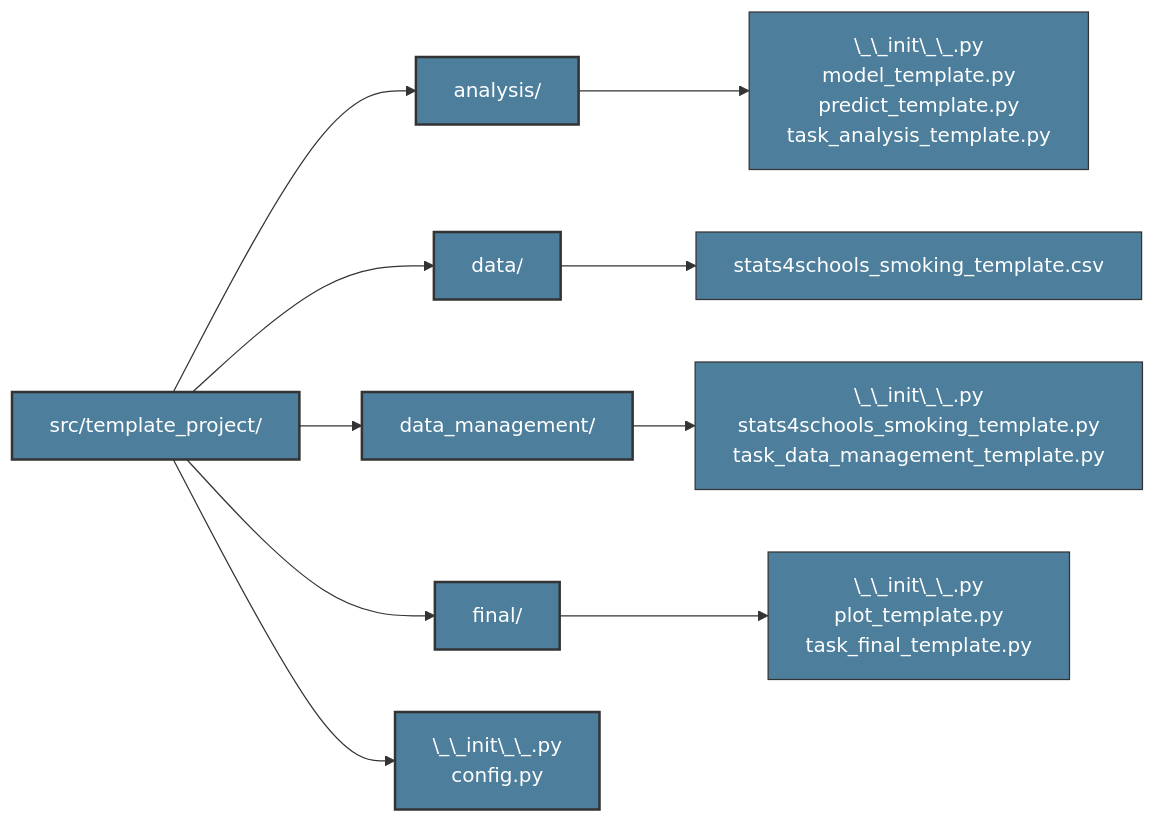
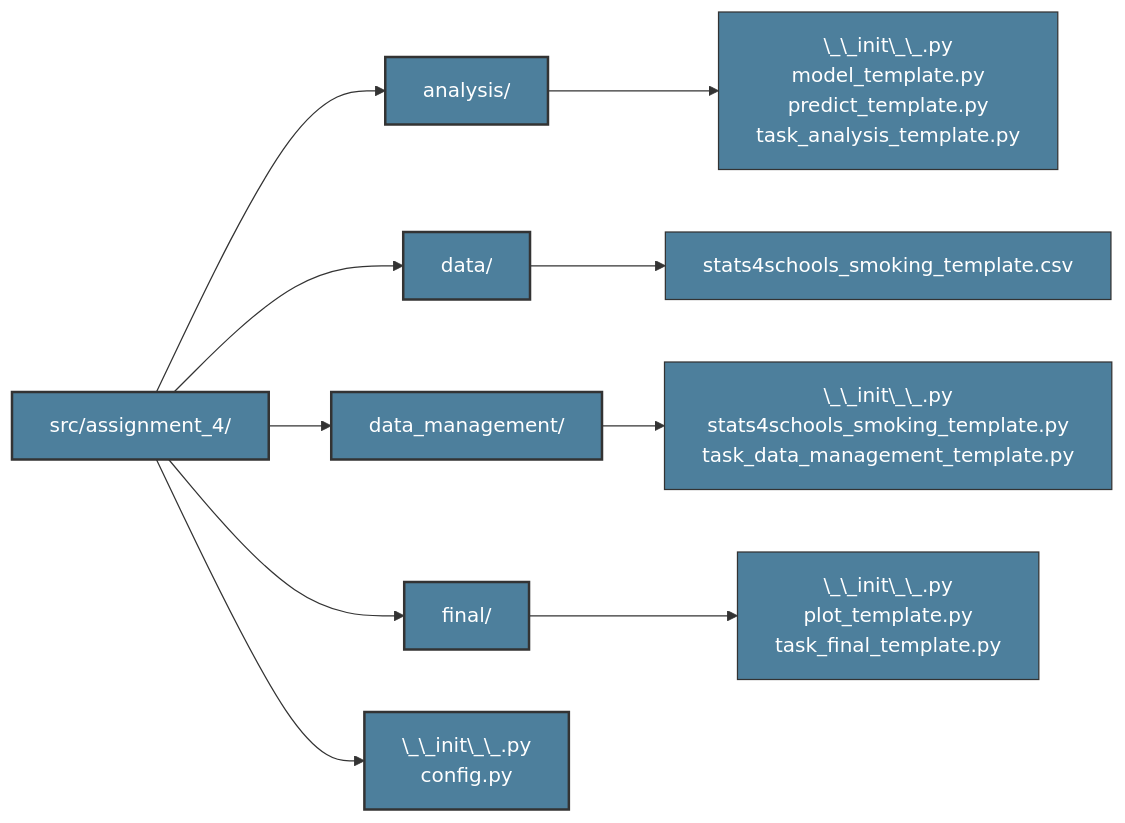
The second of 2 diagrams in docs_template/source/background/directory_structure.md (HuseinHaji/epp_helloworldteam), drawn with Mermaid before and after one commit. The commit also changed other lines of this file and 30 other files, not shown here.

````diff
--- a/docs_template/source/background/directory_structure.md
+++ b/docs_template/source/background/directory_structure.md
@@ -113,37 +113,37 @@
 ```{mermaid}
 flowchart LR
-    Root["src/template_project/"]
+    Root["src/assignment_4/"]
 
     Analysis["analysis/"]
     Data["data/"]
     DataMgmt["data_management/"]
     Final["final/"]
     Config["\_\_init\_\_.py<br/>config.py"]
 
     AnalysisFiles["\_\_init\_\_.py<br/>model_template.py<br/>predict_template.py<br/>task_analysis_template.py"]
     DataFiles["stats4schools_smoking_template.csv"]
     DataMgmtFiles["\_\_init\_\_.py<br/>stats4schools_smoking_template.py<br/>task_data_management_template.py"]
     FinalFiles["\_\_init\_\_.py<br/>plot_template.py<br/>task_final_template.py"]
 
     Root --> Analysis
     Root --> Data
     Root --> DataMgmt
     Root --> Final
     Root --> Config
 
     Analysis --> AnalysisFiles
     Data --> DataFiles
     DataMgmt --> DataMgmtFiles
     Final --> FinalFiles
 
     style Root fill:#4d7f9c,stroke:#333,stroke-width:2px,color:#fff
     style Analysis fill:#4d7f9c,stroke:#333,stroke-width:2px,color:#fff
     style Data fill:#4d7f9c,stroke:#333,stroke-width:2px,color:#fff
     style DataMgmt fill:#4d7f9c,stroke:#333,stroke-width:2px,color:#fff
     style Final fill:#4d7f9c,stroke:#333,stroke-width:2px,color:#fff
     style Config fill:#4d7f9c,stroke:#333,stroke-width:2px,color:#fff
     style AnalysisFiles fill:#4d7f9c,stroke:#333,stroke-width:1px,color:#fff
     style DataFiles fill:#4d7f9c,stroke:#333,stroke-width:1px,color:#fff
     style DataMgmtFiles fill:#4d7f9c,stroke:#333,stroke-width:1px,color:#fff
     style FinalFiles fill:#4d7f9c,stroke:#333,stroke-width:1px,color:#fff
 ```
````
